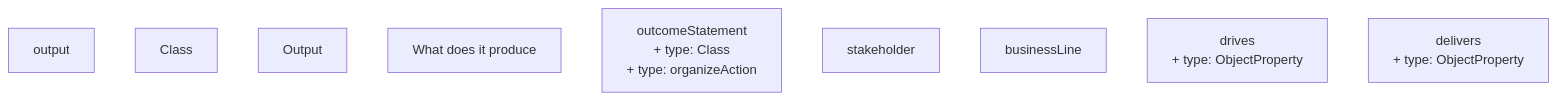
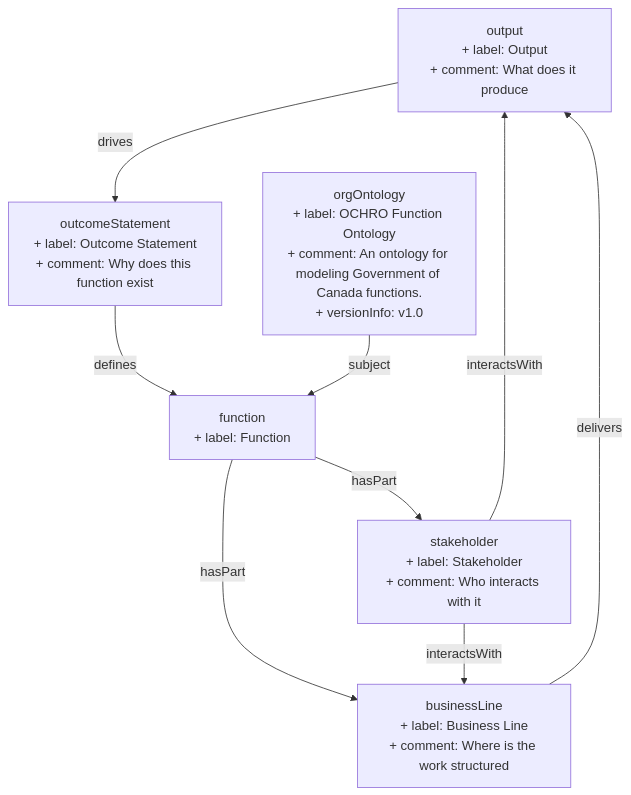
Before and after one commit to heidingaway/heidi2: the diagram in content/output.md, drawn with Mermaid. The commit also changed other lines of this file and 6 other files, not shown here.

````diff
--- a/content/output.md
+++ b/content/output.md
@@ -40,12 +43,17 @@
 ```mermaid
 graph TD
-  output["output"]
-  Class["Class"]
-  Output["Output"]
-  What_does_it_produce["What does it produce"]
-  outcomeStatement["outcomeStatement<br>+ type: Class<br>+ type: organizeAction"]
-  stakeholder["stakeholder"]
-  businessLine["businessLine"]
-  drives["drives<br>+ type: ObjectProperty"]
-  delivers["delivers<br>+ type: ObjectProperty"]
+  output["output<br>+ label: Output<br>+ comment: What does it produce"]:::current-page-node
+  outcomeStatement["outcomeStatement<br>+ label: Outcome Statement<br>+ comment: Why does this function exist"]
+  stakeholder["stakeholder<br>+ label: Stakeholder<br>+ comment: Who interacts with it"]
+  businessLine["businessLine<br>+ label: Business Line<br>+ comment: Where is the work structured"]
+  function["function<br>+ label: Function"]
+  orgOntology["orgOntology<br>+ label: OCHRO Function Ontology<br>+ comment: An ontology for modeling Government of Canada functions.<br>+ versionInfo: v1.0"]
+  function-->|" hasPart "|stakeholder
+  stakeholder-->|" interactsWith "|output
+  function-->|" hasPart "|businessLine
+  businessLine-->|" delivers "|output
+  outcomeStatement-->|" defines "|function
+  output-->|" drives "|outcomeStatement
+  stakeholder-->|" interactsWith "|businessLine
+  orgOntology-->|" subject "|function
 ```
````
